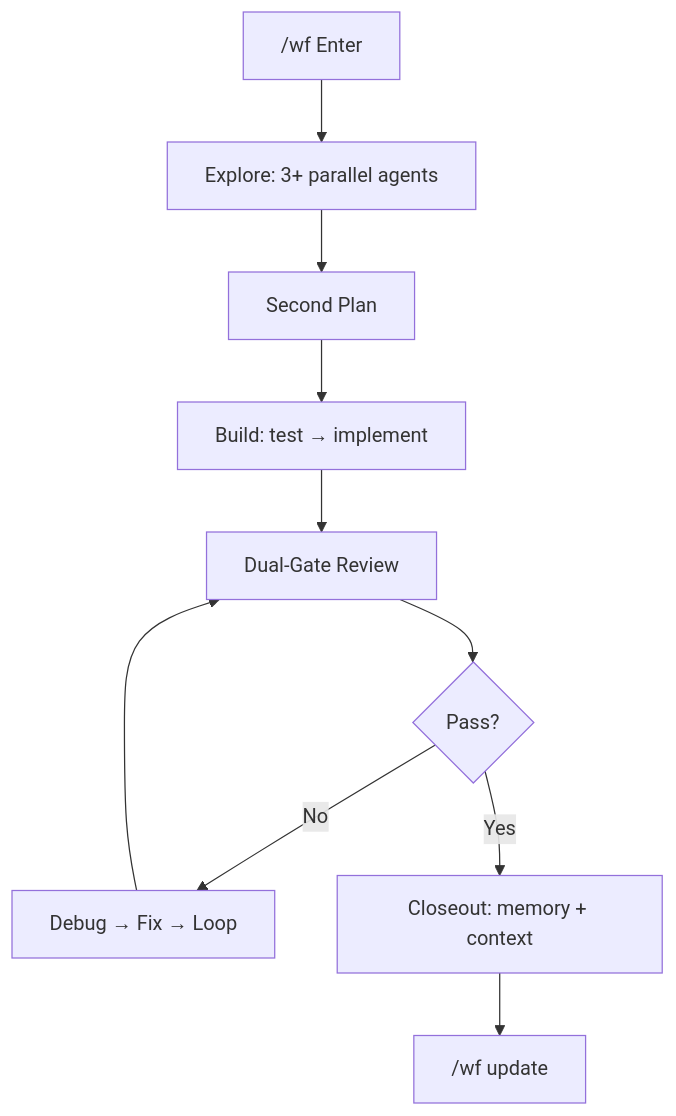
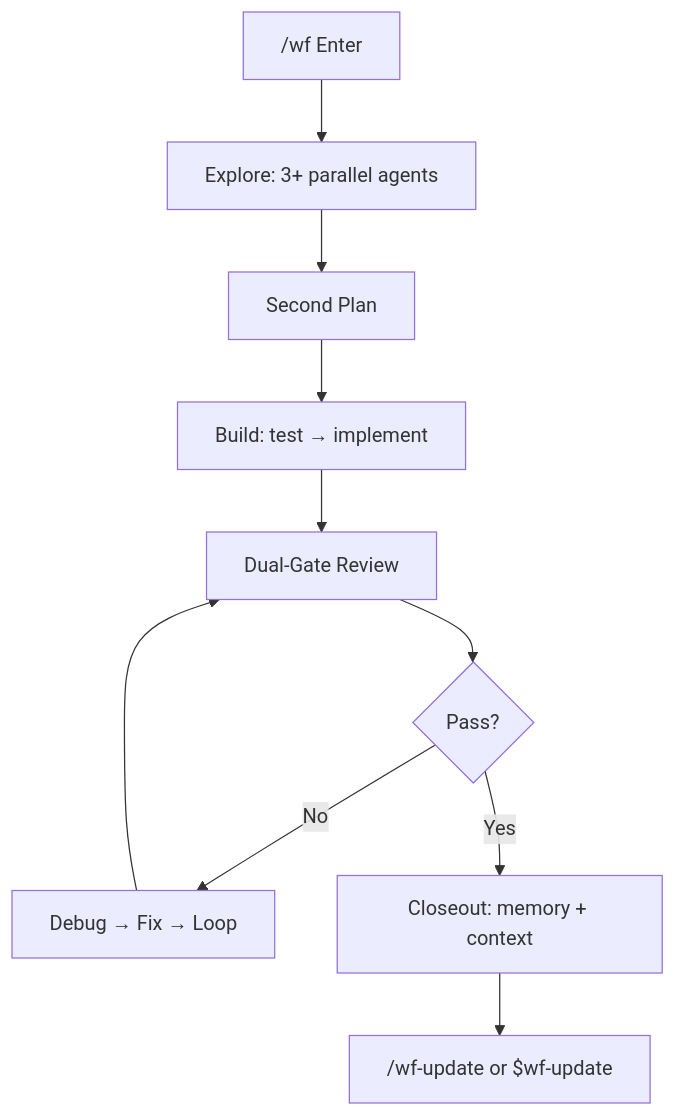
Before and after one commit to zingspark/create-harness-vibe-coding: the diagram in README.md, drawn with Mermaid. The commit also changed other lines of this file and 101 other files, not shown here.

Commit message:
Release harness architecture v0.8.0

````diff
--- a/README.md
+++ b/README.md
@@ -82,12 +82,12 @@
 ```mermaid
 graph TD
     A[ /wf Enter ] --> B[ Explore: 3+ parallel agents ]
     B --> C[ Second Plan ]
     C --> D[ Build: test → implement ]
     D --> E[ Dual-Gate Review ]
     E --> F{ Pass? }
     F -->| No | G[ Debug → Fix → Loop ]
     G --> E
     F -->| Yes | H[ Closeout: memory + context ]
-    H --> I[ /wf update ]
+    H --> I[ /wf-update or $wf-update ]
 ```
````
